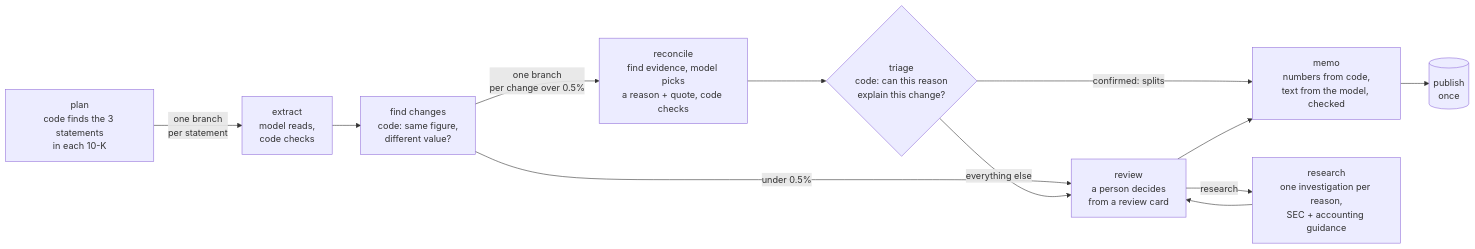
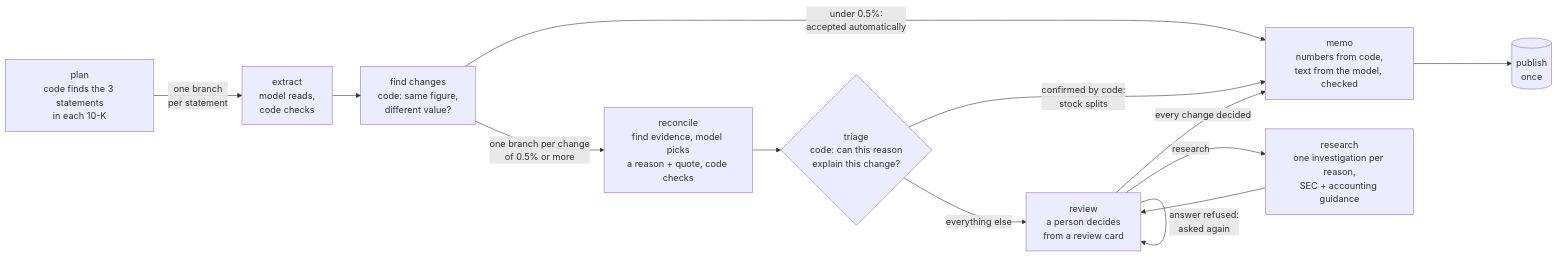
The diagram in README.md (jduval7/filings-agent), drawn with Mermaid before and after one commit. The commit also changed other lines of this file, not shown here.

Commit message:
README diagram: changes under 0.5% are accepted automatically
The diagram routed them to review; in the code they're auto-resolved as
immaterial revisions (needs_review=False) and never shown to a person. Also:
material is 0.5% or more (not over), and the review step's re-ask loop is shown.

````diff
--- a/README.md
+++ b/README.md
@@ -144,14 +144,15 @@
 ```mermaid
 flowchart LR
     P[plan<br/>code finds the 3 statements<br/>in each 10-K] -->|one branch<br/>per statement| X[extract<br/>model reads,<br/>code checks]
     X --> F[find changes<br/>code: same figure,<br/>different value?]
-    F -->|one branch<br/>per change over 0.5%| R[reconcile<br/>find evidence, model picks<br/>a reason + quote, code checks]
-    F -->|under 0.5%| V
+    F -->|one branch per change<br/>of 0.5% or more| R[reconcile<br/>find evidence, model picks<br/>a reason + quote, code checks]
+    F -->|under 0.5%:<br/>accepted automatically| M
     R --> T{triage<br/>code: can this reason<br/>explain this change?}
-    T -->|confirmed: splits| M
+    T -->|confirmed by code:<br/>stock splits| M
     T -->|everything else| V[review<br/>a person decides<br/>from a review card]
     V -->|research| S[research<br/>one investigation per reason,<br/>SEC + accounting guidance]
     S --> V
-    V --> M[memo<br/>numbers from code,<br/>text from the model, checked]
+    V -->|answer refused:<br/>asked again| V
+    V -->|every change decided| M[memo<br/>numbers from code,<br/>text from the model, checked]
     M --> U[(publish<br/>once)]
 ```
````
